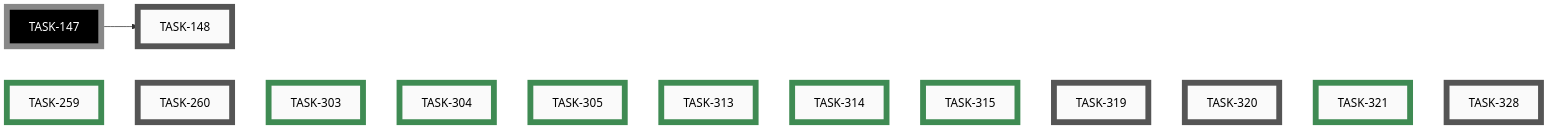
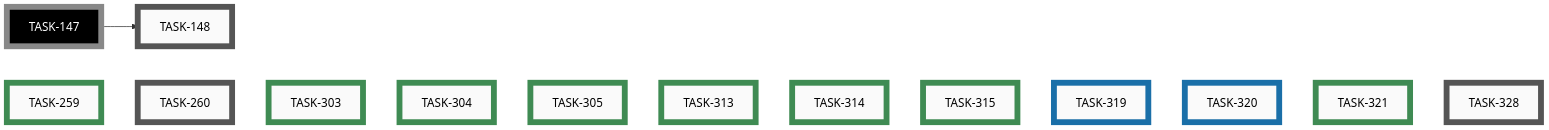
Before and after one commit to tgd1975/AwesomeStudioPedal: the eighth of 8 diagrams in docs/developers/tasks/EPICS.md, drawn with Mermaid. The commit also changed other lines of this file and 4 other files, not shown here.

````diff
--- a/docs/developers/tasks/EPICS.md
+++ b/docs/developers/tasks/EPICS.md
@@ -288,40 +288,40 @@
 ```mermaid
 graph LR
     TASK_148["TASK-148"]:::open
     TASK_260["TASK-260"]:::open
-    TASK_319["TASK-319"]:::open
-    TASK_320["TASK-320"]:::open
     TASK_328["TASK-328"]:::open
+    TASK_319["TASK-319"]:::active
+    TASK_320["TASK-320"]:::active
     TASK_259["TASK-259"]:::closed
     TASK_303["TASK-303"]:::closed
     TASK_304["TASK-304"]:::closed
     TASK_305["TASK-305"]:::closed
     TASK_313["TASK-313"]:::closed
     TASK_314["TASK-314"]:::closed
     TASK_315["TASK-315"]:::closed
     TASK_321["TASK-321"]:::closed
     TASK_147["TASK-147"]:::openExt
     TASK_147 --> TASK_148
     TASK_259 ~~~ TASK_260 ~~~ TASK_303 ~~~ TASK_304 ~~~ TASK_305 ~~~ TASK_313 ~~~ TASK_314 ~~~ TASK_315 ~~~ TASK_319 ~~~ TASK_320 ~~~ TASK_321 ~~~ TASK_328
     click TASK_148 "open/task-148-reorganise-developer-documentation.md"
     click TASK_260 "open/task-260-unify-version-numbers-across-deliverables.md"
-    click TASK_319 "open/task-319-remove-wireviz-precommit-block.md"
-    click TASK_320 "open/task-320-remove-ble-flag-precommit-check.md"
     click TASK_328 "open/task-328-prevent-parallel-housekeep-execution.md"
+    click TASK_319 "active/task-319-remove-wireviz-precommit-block.md"
+    click TASK_320 "active/task-320-remove-ble-flag-precommit-check.md"
     click TASK_259 "closed/task-259-android-app-test-protocol.md"
     click TASK_303 "closed/task-303-simulator-boots-with-demo-loaded.md"
     click TASK_304 "closed/task-304-simulator-button-no-hover-reaction.md"
     click TASK_305 "closed/task-305-add-category-field-to-ideas.md"
     click TASK_313 "closed/task-313-emoji-icons-for-idea-categories.md"
     click TASK_314 "closed/task-314-nbsp-between-icon-and-category.md"
     click TASK_315 "closed/task-315-idea-sub-file-naming-convention.md"
     click TASK_321 "closed/task-321-fix-ci-failures-mermaid-clang-tidy.md"
     classDef open    fill:#FAFAFA,stroke:#555,stroke-width:8px,color:#000
     classDef active  fill:#FAFAFA,stroke:#1A6FA8,stroke-width:8px,color:#000
     classDef closed  fill:#FAFAFA,stroke:#3F8B53,stroke-width:8px,color:#000
     classDef paused  fill:#FAFAFA,stroke:#B07810,stroke-width:8px,color:#000
     classDef openExt    fill:#000,stroke:#888,stroke-width:8px,color:#FFF
     classDef activeExt  fill:#000,stroke:#3FA9F5,stroke-width:8px,color:#FFF
     classDef closedExt  fill:#000,stroke:#7CC68A,stroke-width:8px,color:#FFF
     classDef pausedExt  fill:#000,stroke:#F0B030,stroke-width:8px,color:#FFF
 ```
````
